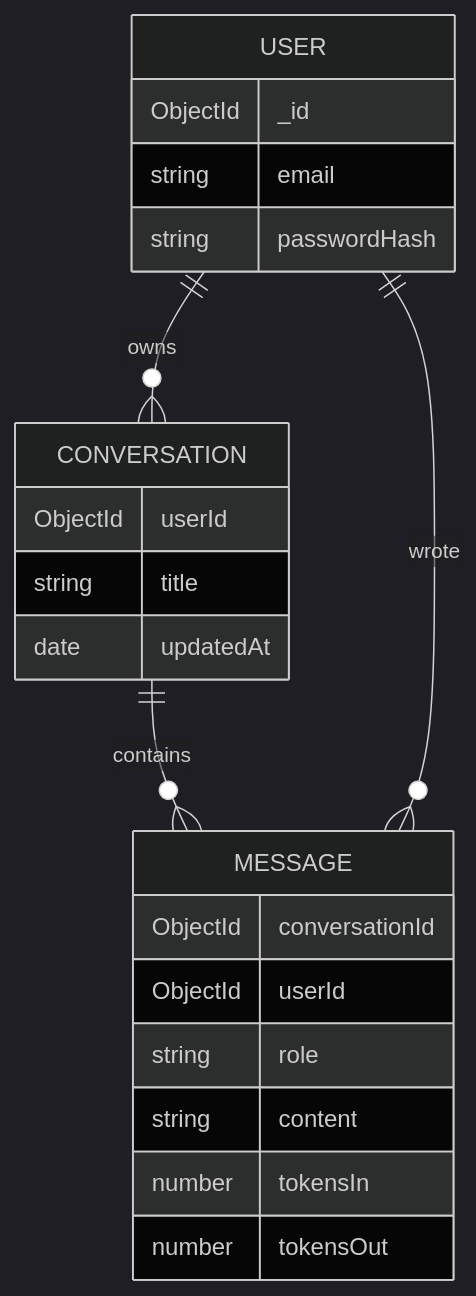
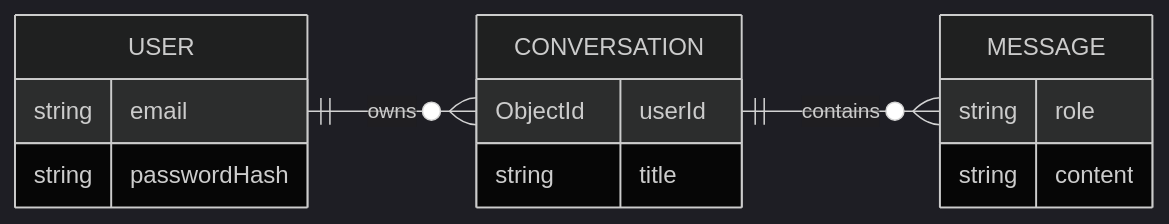
Before and after one commit to Milind300/docuchat: the third of 3 diagrams in README.md, drawn with Mermaid (dark theme). The commit also changed other lines of this file, not shown here.

````diff
--- a/README.md
+++ b/README.md
@@ -100,24 +100,18 @@
 ```mermaid
 erDiagram
+  direction LR
   USER ||--o{ CONVERSATION : owns
   CONVERSATION ||--o{ MESSAGE : contains
-  USER ||--o{ MESSAGE : wrote
   USER {
-    ObjectId _id
     string email
     string passwordHash
   }
   CONVERSATION {
     ObjectId userId
     string title
-    date updatedAt
   }
   MESSAGE {
-    ObjectId conversationId
-    ObjectId userId
     string role
     string content
-    number tokensIn
-    number tokensOut
   }
 ```
````
